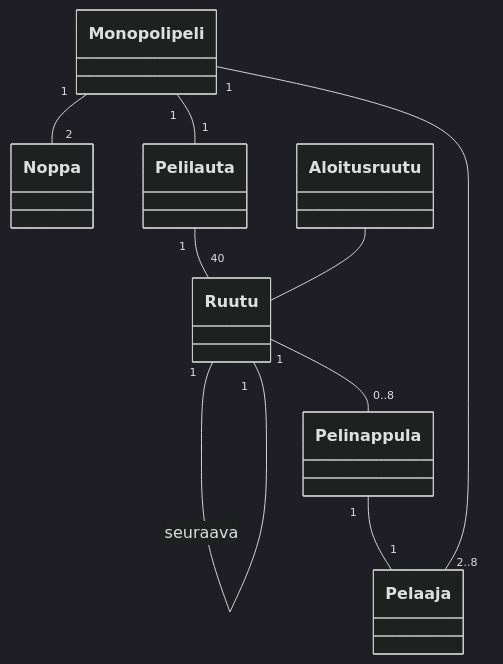
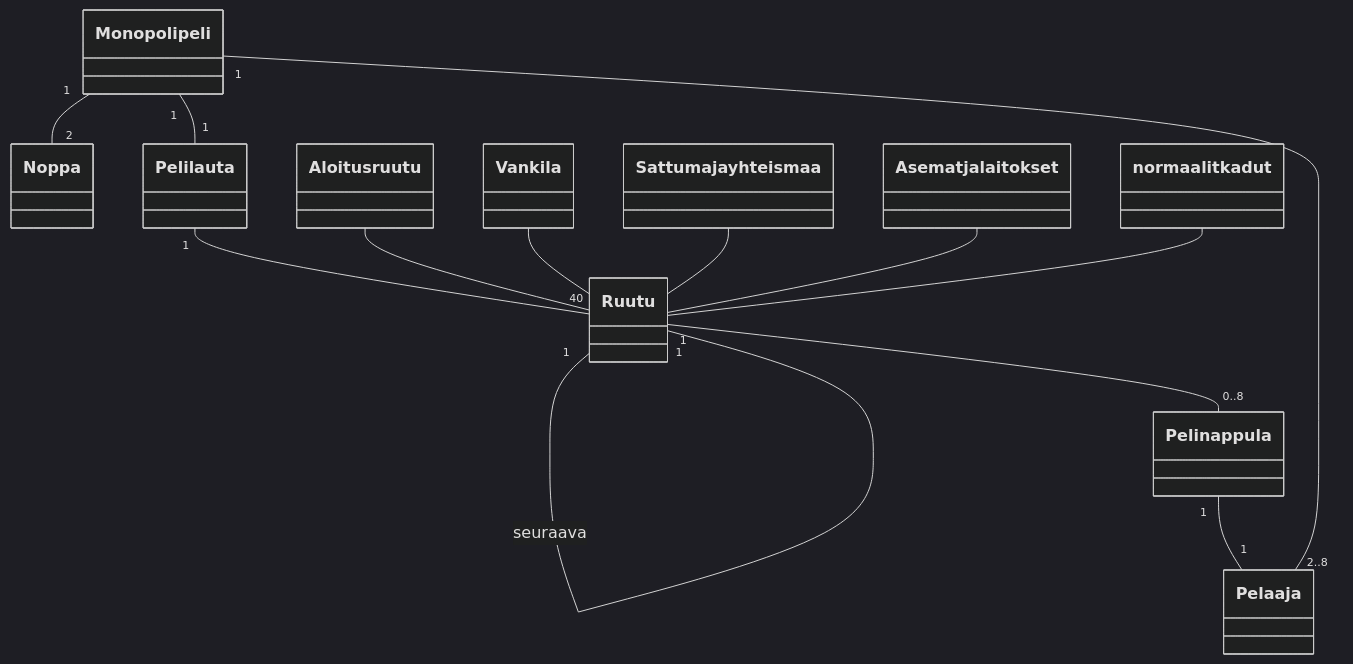
The diagram in laskarit/viikko3/monopoli.md (lahgit/ot-harjoitustyo), drawn with Mermaid (dark theme) before and after one commit.

Commit message:
monopoli.md

````diff
--- a/laskarit/viikko3/monopoli.md
+++ b/laskarit/viikko3/monopoli.md
@@ -3,11 +3,15 @@
 ```mermaid
  classDiagram
     Monopolipeli "1" -- "2" Noppa
     Monopolipeli "1" -- "1" Pelilauta
     Pelilauta "1" -- "40" Ruutu
     Ruutu "1" -- "1" Ruutu : seuraava
     Ruutu "1" -- "0..8" Pelinappula
     Pelinappula "1" -- "1" Pelaaja
     Pelaaja "2..8" -- "1" Monopolipeli
     Aloitusruutu -- Ruutu
+    Vankila -- Ruutu
+    Sattuma ja yhteismaa -- Ruutu
+    Asemat ja laitokset -- Ruutu
+    normaalit kadut -- Ruutu   
 ```
````
